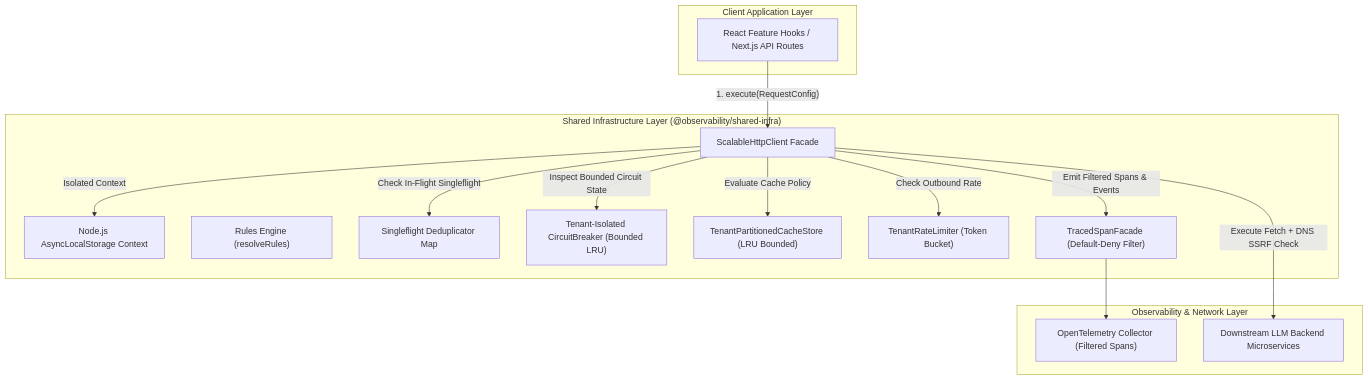
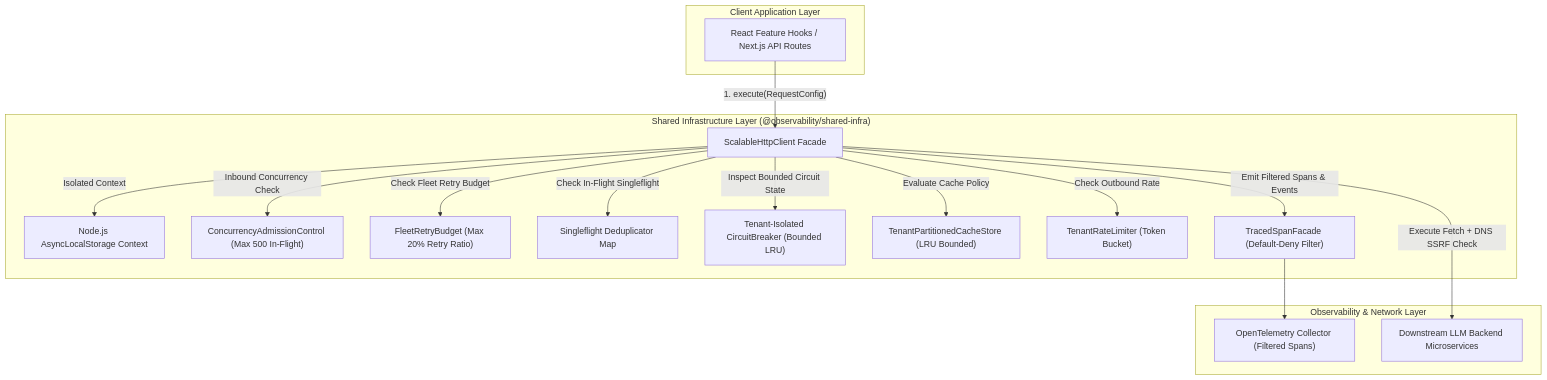
Before and after one commit to Chief-Strategist-J/llm-observability-platform: the first of 3 diagrams in packages/node/shared-infra/docs/adr/0001-scalable-resilient-telemetry-http-pipeline.md, drawn with Mermaid. The commit also changed other lines of this file, not shown here.

Commit message:
docs(adr): update ADR 0001 with ConcurrencyAdmissionControl, FleetRetryBudget, Total Wall-Clock Timeout Budget, and Fleet-Wide Resilience Mermaid diagrams

````diff
--- a/packages/node/shared-infra/docs/adr/0001-scalable-resilient-telemetry-http-pipeline.md
+++ b/packages/node/shared-infra/docs/adr/0001-scalable-resilient-telemetry-http-pipeline.md
@@ -102,32 +107,35 @@
 ```mermaid
 graph TD
   subgraph ClientApp ["Client Application Layer"]
     FE["React Feature Hooks / Next.js API Routes"]
   end
 
   subgraph SharedInfra ["Shared Infrastructure Layer (@observability/shared-infra)"]
     HTTP["ScalableHttpClient Facade"]
     ALS["Node.js AsyncLocalStorage Context"]
-    RE["Rules Engine (resolveRules)"]
+    ADM["ConcurrencyAdmissionControl (Max 500 In-Flight)"]
+    BUDGET["FleetRetryBudget (Max 20% Retry Ratio)"]
     SF["Singleflight Deduplicator Map"]
     CB["Tenant-Isolated CircuitBreaker (Bounded LRU)"]
     CACHE["TenantPartitionedCacheStore (LRU Bounded)"]
     LIMIT["TenantRateLimiter (Token Bucket)"]
     SPAN["TracedSpanFacade (Default-Deny Filter)"]
   end
 
   subgraph ObsNet ["Observability & Network Layer"]
     OTEL["OpenTelemetry Collector (Filtered Spans)"]
     NET["Downstream LLM Backend Microservices"]
   end
 
   FE -->|"1. execute(RequestConfig)"| HTTP
+  HTTP -->|"Inbound Concurrency Check"| ADM
   HTTP -->|"Isolated Context"| ALS
   HTTP -->|"Check Outbound Rate"| LIMIT
+  HTTP -->|"Check Fleet Retry Budget"| BUDGET
   HTTP -->|"Check In-Flight Singleflight"| SF
   HTTP -->|"Evaluate Cache Policy"| CACHE
   HTTP -->|"Inspect Bounded Circuit State"| CB
   HTTP -->|"Execute Fetch + DNS SSRF Check"| NET
   HTTP -->|"Emit Filtered Spans & Events"| SPAN
   SPAN --> OTEL
 ```
````
